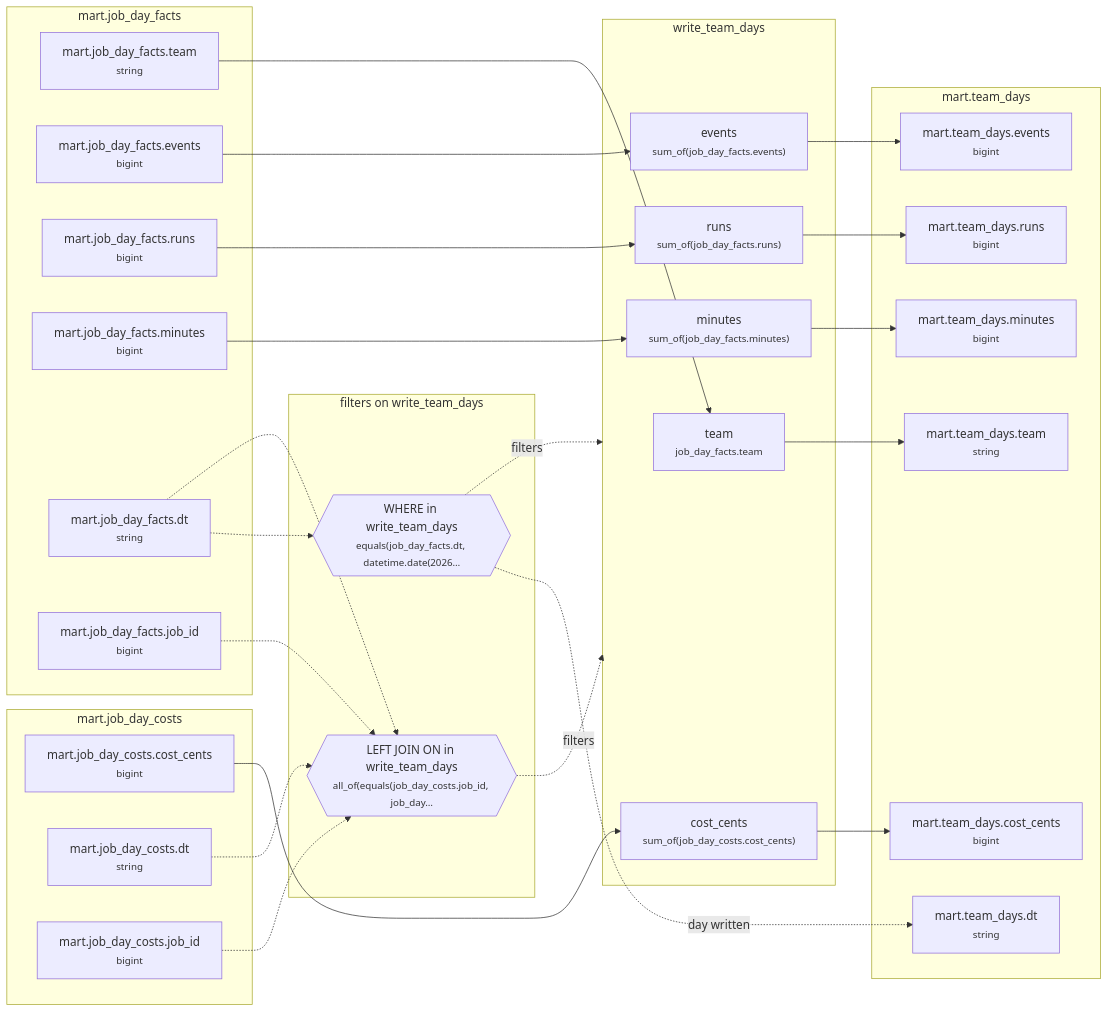
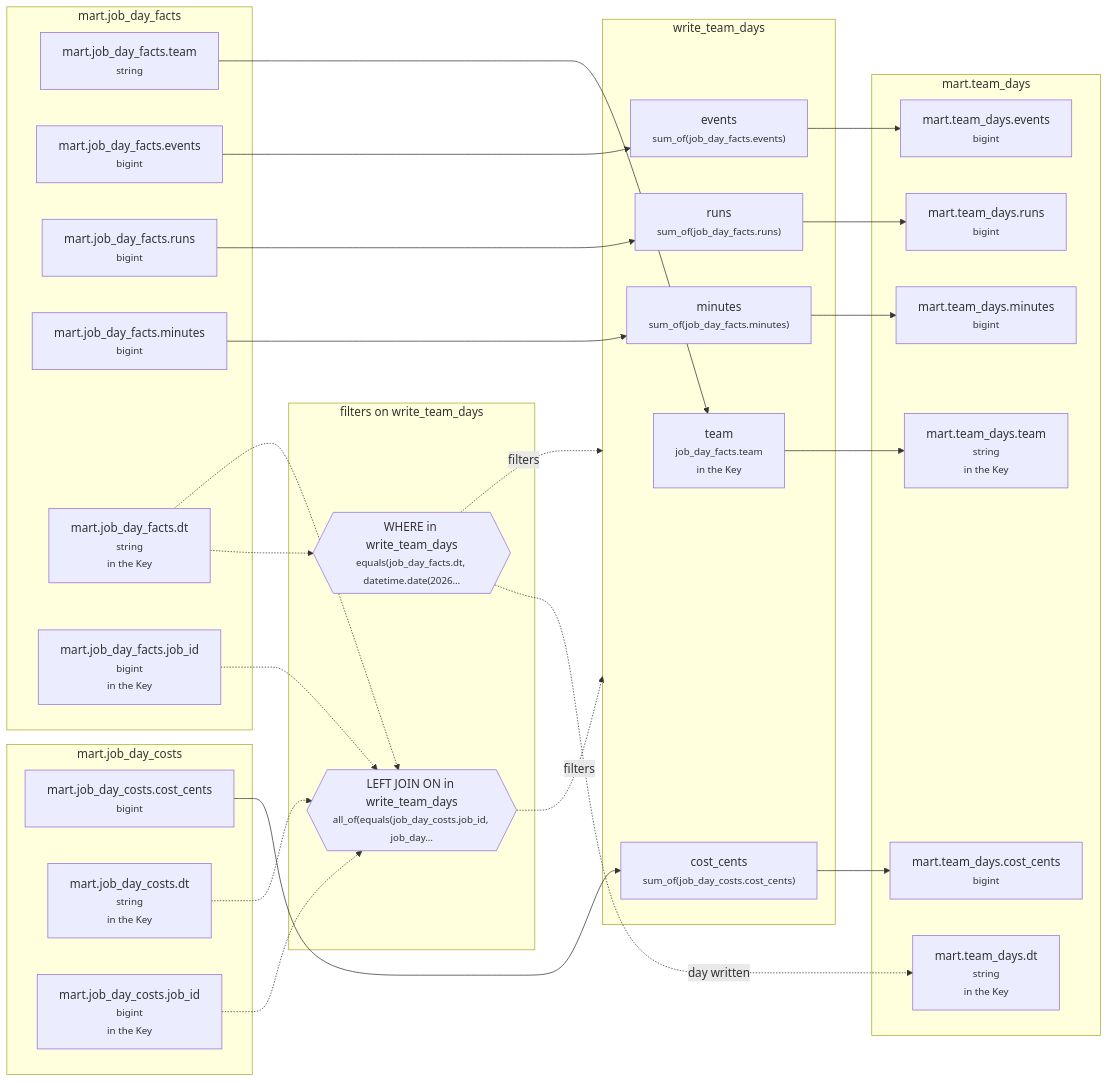
Before and after one commit to EdgyPage/SQL-Composer: the diagram in example_projects/spark_composer/intermediate/lineage/example_3_team_week.md, drawn with Mermaid. The commit also changed other lines of this file and 159 other files, not shown here.

````diff
--- a/example_projects/spark_composer/intermediate/lineage/example_3_team_week.md
+++ b/example_projects/spark_composer/intermediate/lineage/example_3_team_week.md
@@ -8,53 +8,53 @@
 ```mermaid
 flowchart LR
   subgraph g0["mart.job_day_facts"]
     n0["mart.job_day_facts.team<br/><small>string</small>"]
     n2["mart.job_day_facts.events<br/><small>bigint</small>"]
     n4["mart.job_day_facts.runs<br/><small>bigint</small>"]
     n6["mart.job_day_facts.minutes<br/><small>bigint</small>"]
-    n11["mart.job_day_facts.dt<br/><small>string</small>"]
-    n15["mart.job_day_facts.job_id<br/><small>bigint</small>"]
+    n11["mart.job_day_facts.dt<br/><small>string</small><br/><small>in the Key</small>"]
+    n15["mart.job_day_facts.job_id<br/><small>bigint</small><br/><small>in the Key</small>"]
   end
   subgraph g1["write_team_days"]
-    n1["team<br/><small>job_day_facts.team</small>"]
+    n1["team<br/><small>job_day_facts.team</small><br/><small>in the Key</small>"]
     n3["events<br/><small>sum_of(job_day_facts.events)</small>"]
     n5["runs<br/><small>sum_of(job_day_facts.runs)</small>"]
     n7["minutes<br/><small>sum_of(job_day_facts.minutes)</small>"]
     n9["cost_cents<br/><small>sum_of(job_day_costs.cost_cents)</small>"]
   end
   subgraph g2["mart.job_day_costs"]
     n8["mart.job_day_costs.cost_cents<br/><small>bigint</small>"]
-    n13["mart.job_day_costs.dt<br/><small>string</small>"]
-    n14["mart.job_day_costs.job_id<br/><small>bigint</small>"]
+    n13["mart.job_day_costs.dt<br/><small>string</small><br/><small>in the Key</small>"]
+    n14["mart.job_day_costs.job_id<br/><small>bigint</small><br/><small>in the Key</small>"]
   end
   subgraph g3["filters on write_team_days"]
     n10{{"WHERE in write_team_days<br/><small>equals(job_day_facts.dt, datetime.date(2026…</small>"}}
     n12{{"LEFT JOIN ON in write_team_days<br/><small>all_of(equals(job_day_costs.job_id, job_day…</small>"}}
   end
   subgraph g4["mart.team_days"]
-    n16["mart.team_days.team<br/><small>string</small>"]
+    n16["mart.team_days.team<br/><small>string</small><br/><small>in the Key</small>"]
     n17["mart.team_days.events<br/><small>bigint</small>"]
     n18["mart.team_days.runs<br/><small>bigint</small>"]
     n19["mart.team_days.minutes<br/><small>bigint</small>"]
     n20["mart.team_days.cost_cents<br/><small>bigint</small>"]
-    n21["mart.team_days.dt<br/><small>string</small>"]
+    n21["mart.team_days.dt<br/><small>string</small><br/><small>in the Key</small>"]
   end
   n0 --> n1
   n2 --> n3
   n4 --> n5
   n6 --> n7
   n8 --> n9
   n11 -.-> n10
   n13 -.-> n12
   n14 -.-> n12
   n15 -.-> n12
   n11 -.-> n12
   n1 --> n16
   n3 --> n17
   n5 --> n18
   n7 --> n19
   n9 --> n20
   n10 -.->|day written| n21
   n10 -.->|filters| g1
   n12 -.->|filters| g1
 ```
````
